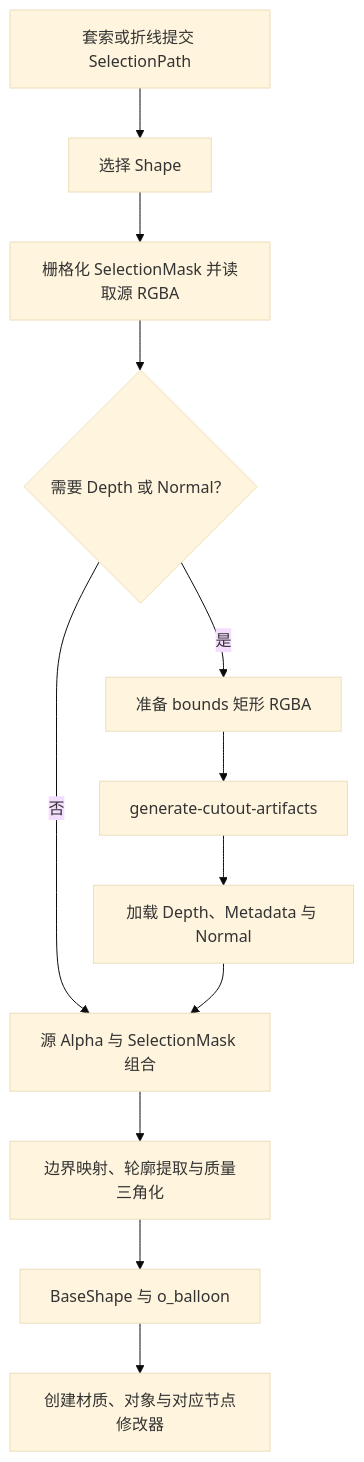
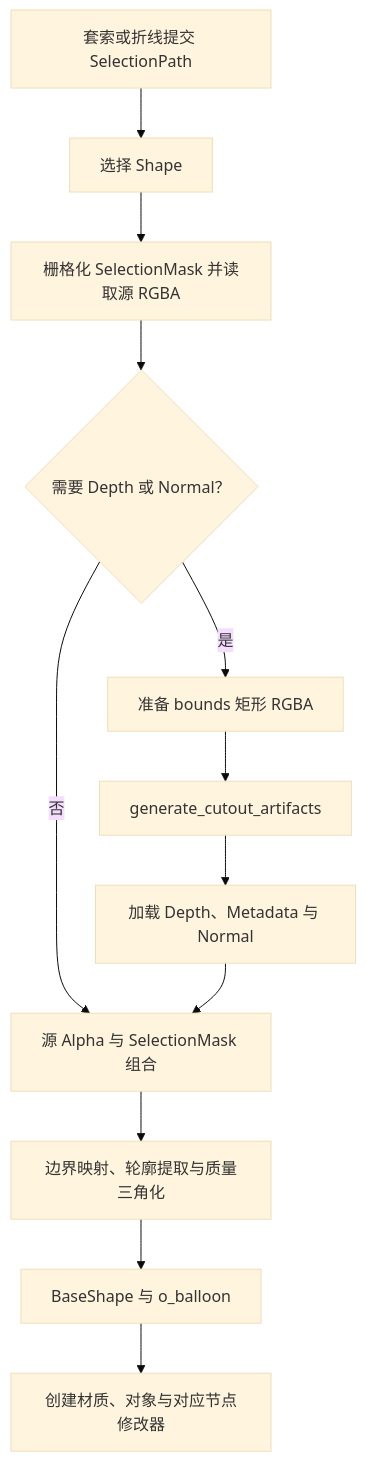
The diagram in docs/develop/operators/cutout-tool.md (OmooLab/AnyImage), drawn with Mermaid (base theme) before and after one commit. The commit also changed other lines of this file and 168 other files, not shown here.

````diff
--- a/docs/develop/operators/cutout-tool.md
+++ b/docs/develop/operators/cutout-tool.md
@@ -5,14 +5,14 @@
 ```mermaid
 flowchart TD
     A[套索或折线提交 SelectionPath] --> B[选择 Shape]
     B --> C[栅格化 SelectionMask 并读取源 RGBA]
     C --> D{需要 Depth 或 Normal？}
     D -- 是 --> E[准备 bounds 矩形 RGBA]
-    E --> F[generate-cutout-artifacts]
+    E --> F[generate_cutout_artifacts]
     F --> G[加载 Depth、Metadata 与 Normal]
     D -- 否 --> H[源 Alpha 与 SelectionMask 组合]
     G --> H
     H --> I[边界映射、轮廓提取与质量三角化]
     I --> J[BaseShape 与 o_balloon]
     J --> K[创建材质、对象与对应节点修改器]
 ```
````
